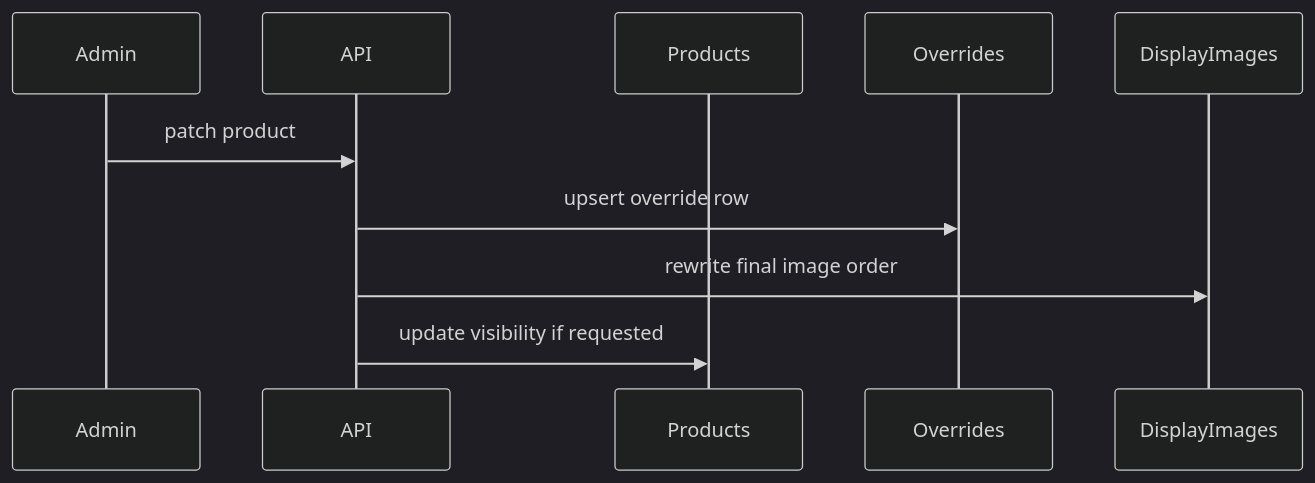
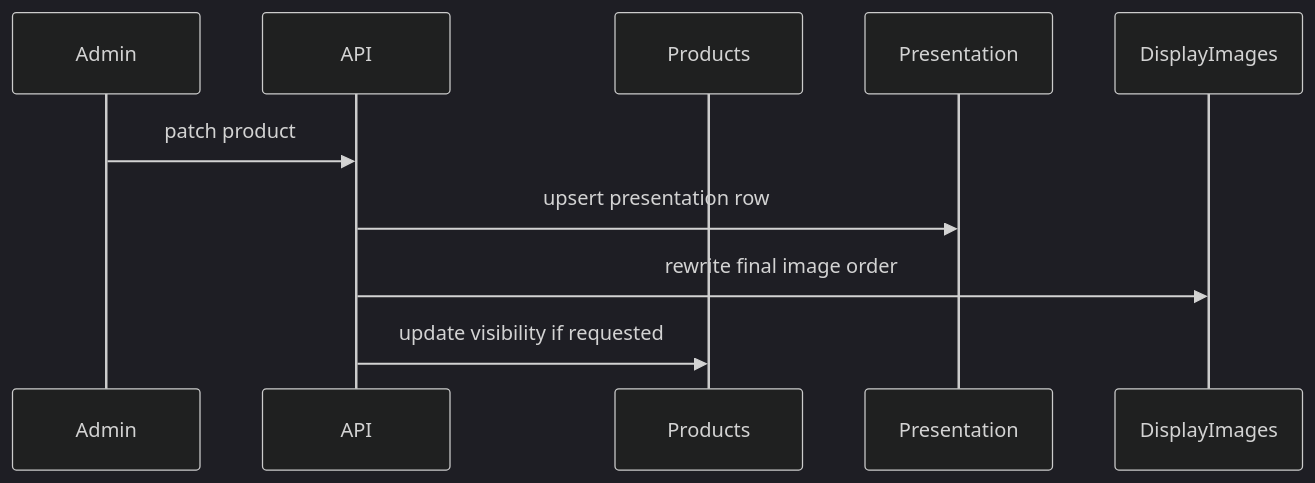
Before and after one commit to KroJIak/wardrobe-parser-platform: the sixth of 6 diagrams in docs/database-redesign-admin/04-state-lifecycle-and-write-rules.md, drawn with Mermaid (dark theme). The commit also changed other lines of this file and 14 other files, not shown here.

````diff
--- a/docs/database-redesign-admin/04-state-lifecycle-and-write-rules.md
+++ b/docs/database-redesign-admin/04-state-lifecycle-and-write-rules.md
@@ -304,13 +384,13 @@
 ```mermaid
 sequenceDiagram
   participant Admin
   participant API
   participant Products
-  participant Overrides
+  participant Presentation
   participant DisplayImages
 
   Admin->>API: patch product
-  API->>Overrides: upsert override row
+  API->>Presentation: upsert presentation row
   API->>DisplayImages: rewrite final image order
   API->>Products: update visibility if requested
 ```
````
